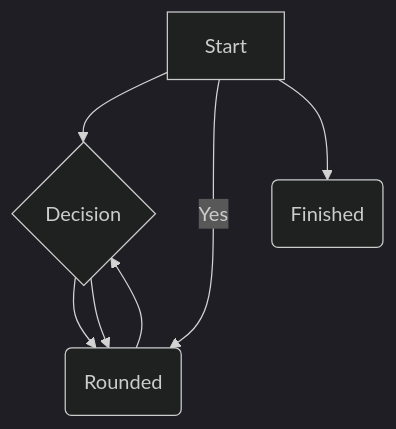
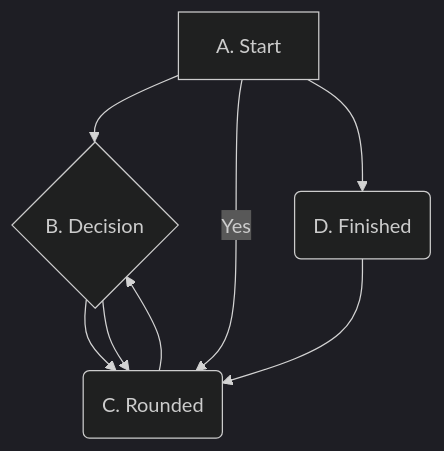
One commit to hsamina590-dev/FirstMarkDownProject changed the diagram in markdown.md. Above: the diagram before and after it, drawn with Mermaid (dark theme).

Commit message:
Update markdown
Ham ne kya kya kiyaaa

````diff
--- a/markdown.md
+++ b/markdown.md
@@ -64,8 +64,9 @@
 ``` mermaid
 graph TD
-A[Start]--> B{Decision} --> C(Rounded)
+A[A. Start]--> B{B. Decision} --> C(C. Rounded)
 A --> |Yes| C
 C --> B 
 B --> C
-A --> D(Finished)
+A --> D(D. Finished)
+D --> C
 ```
````
